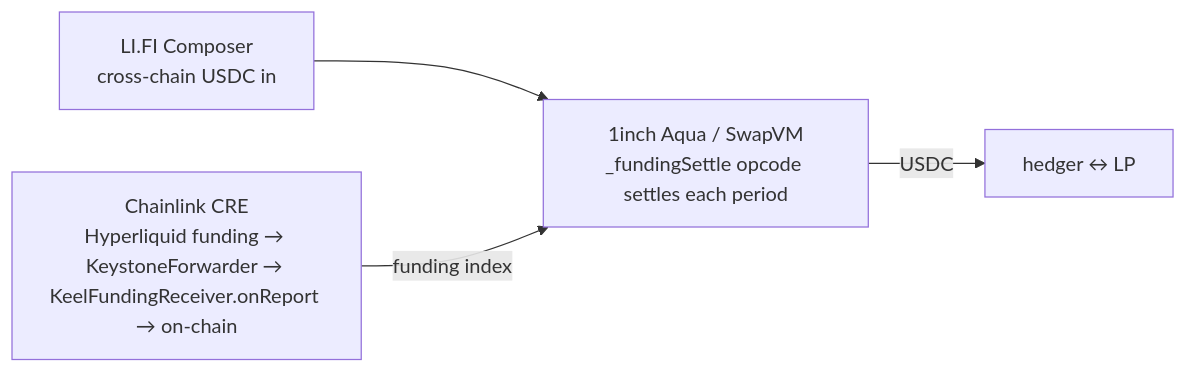
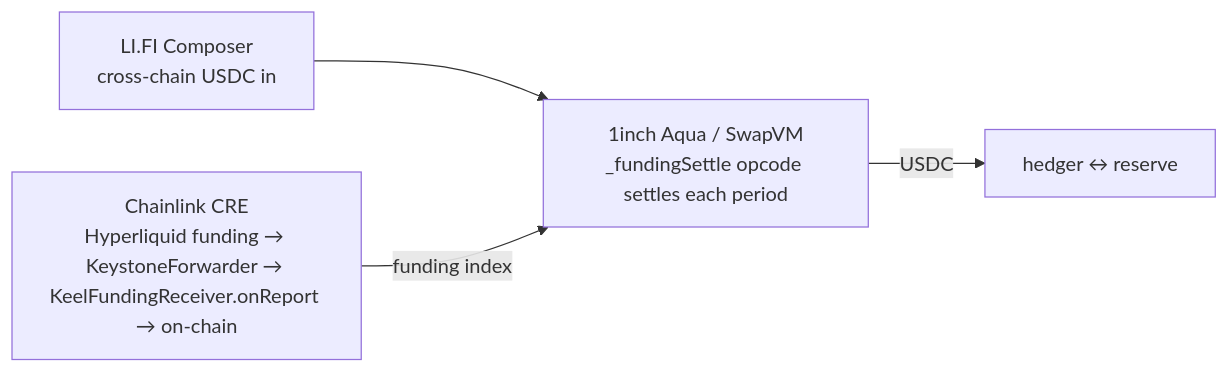
The first of 4 diagrams in docs/bounty-integrations.md (0xYudhishthra/TenorFi), drawn with Mermaid before and after one commit. The commit also changed 4 other files, not shown here.

First line of the commit message:
docs: adopt insurance/reserve terminology repo-wide; fix flows.md to Aqua-only

````diff
--- a/docs/bounty-integrations.md
+++ b/docs/bounty-integrations.md
@@ -16,7 +16,7 @@
 ```mermaid
 flowchart LR
     LIFI["LI.FI Composer<br/>cross-chain USDC in"] --> KEEL
     CRE["Chainlink CRE<br/>Hyperliquid funding → KeystoneForwarder → KeelFundingReceiver.onReport → on-chain"] -->|funding index| KEEL
     KEEL["1inch Aqua / SwapVM<br/>_fundingSettle opcode settles each period"]
-    KEEL -->|USDC| OUT["hedger ↔ LP"]
+    KEEL -->|USDC| OUT["hedger ↔ reserve"]
 ```
````
